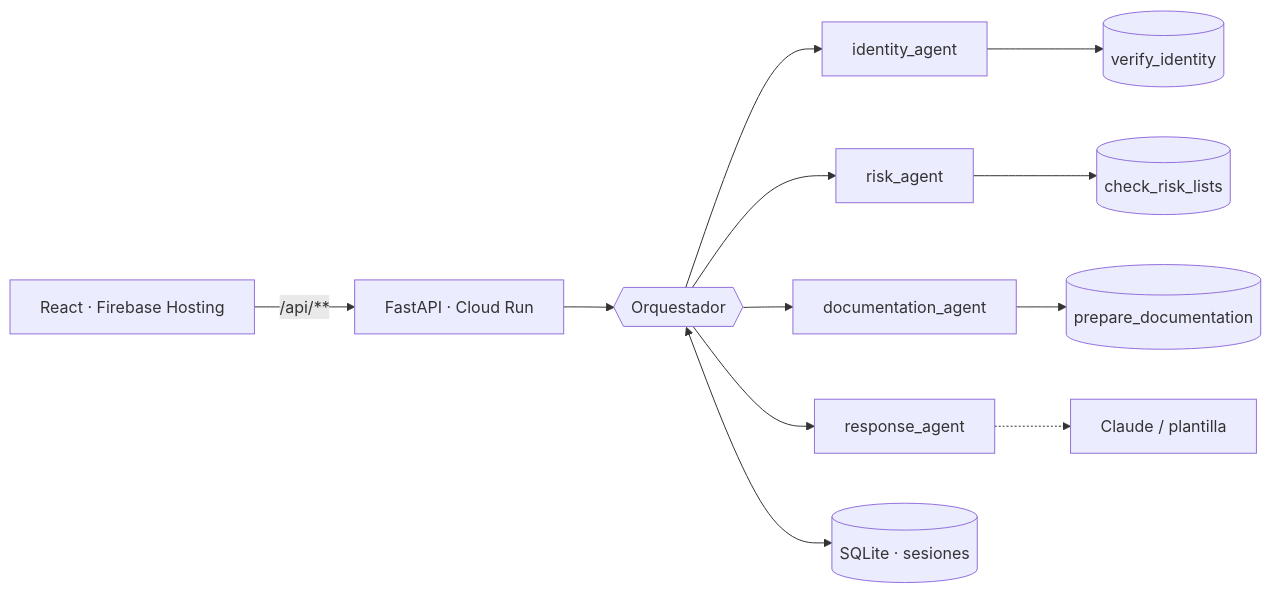
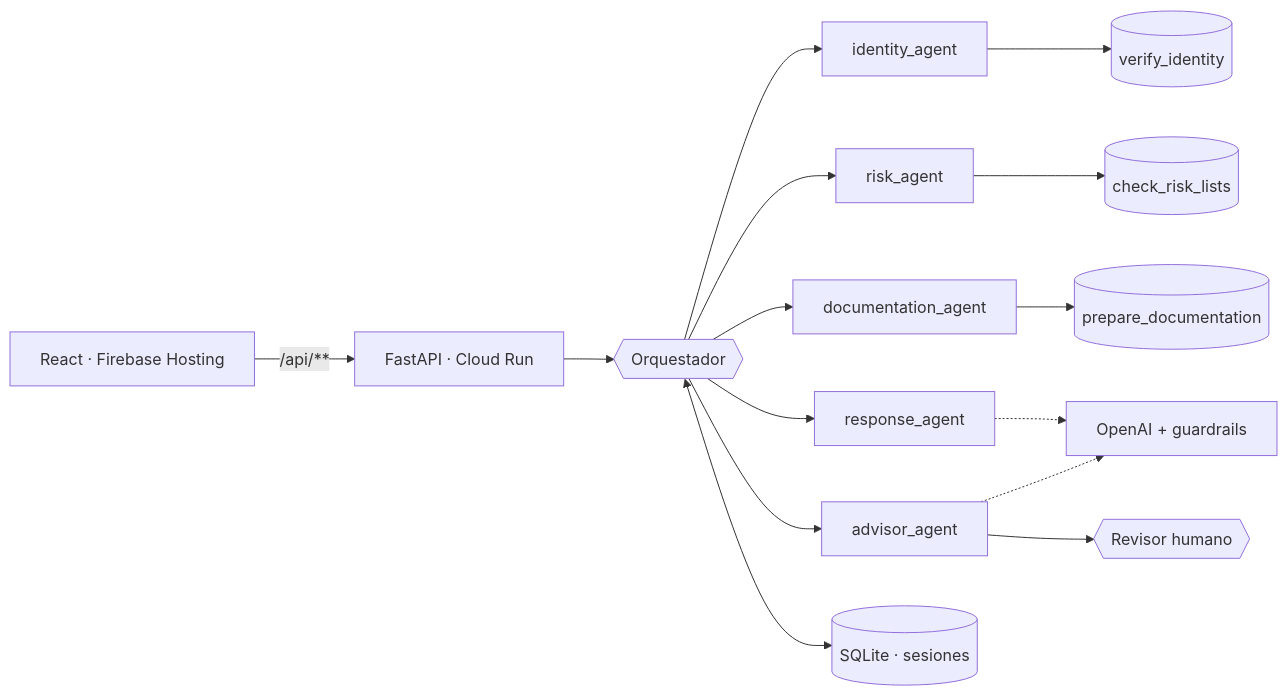
One commit to IGRA27/banco-pichincha changed the diagram in README.md. Above: the diagram before and after it, drawn with Mermaid. The commit also changed other lines of this file and 18 other files, not shown here.

First line of the commit message:
feat(security): LLM OpenAI con guardrails en capas y human-in-the-loop

````diff
--- a/README.md
+++ b/README.md
@@ -13,10 +13,12 @@
 ```mermaid
 flowchart LR
     UI["React · Firebase Hosting"] -->|/api/**| API["FastAPI · Cloud Run"]
     API --> O{{Orquestador}}
     O --> IA[identity_agent] --> T1[(verify_identity)]
     O --> RA[risk_agent] --> T2[(check_risk_lists)]
     O --> DA[documentation_agent] --> T3[(prepare_documentation)]
-    O --> RS[response_agent] -.-> LLM[Claude / plantilla]
+    O --> RS[response_agent] -.-> LLM[OpenAI + guardrails]
+    O --> AD[advisor_agent] -.-> LLM
+    AD --> H{{Revisor humano}}
     O <--> DB[(SQLite · sesiones)]
 ```
````
